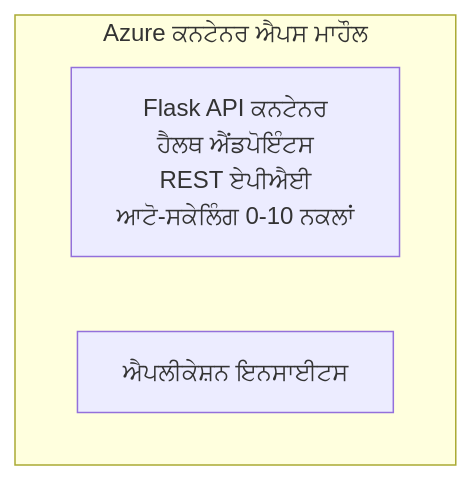
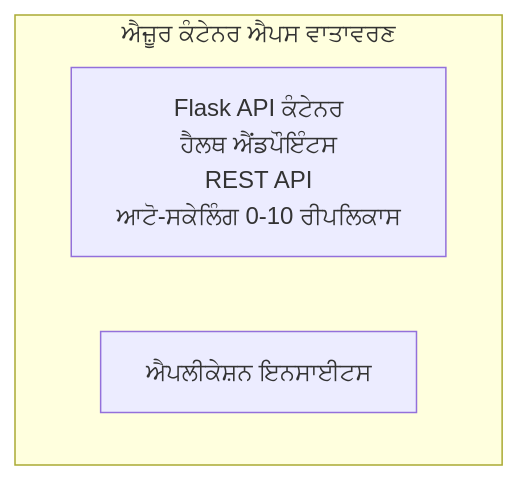
Before and after one commit to microsoft/AZD-for-beginners: the diagram in translations/pa/examples/container-app/simple-flask-api/README.md, drawn with Mermaid. The commit also changed other lines of this file and 104 other files, not shown here.

````diff
--- a/translations/pa/examples/container-app/simple-flask-api/README.md
+++ b/translations/pa/examples/container-app/simple-flask-api/README.md
@@ -26,7 +26,7 @@
 ```mermaid
 graph TD
-    subgraph ACA[Azure ਕਨਟੇਨਰ ਐਪਸ ਮਾਹੌਲ]
-        Flask[Flask API ਕਨਟੇਨਰ<br/>ਹੈਲਥ ਐਂਡਪੋਇੰਟਸ<br/>REST ਏਪੀਐਈ<br/>ਆਟੋ-ਸਕੇਲਿੰਗ 0-10 ਨਕਲਾਂ]
+    subgraph ACA[ਐਜ਼ੂਰ ਕੰਟੇਨਰ ਐਪਸ ਵਾਤਾਵਰਣ]
+        Flask[Flask API ਕੰਟੇਨਰ<br/>ਹੈਲਥ ਐਂਡਪੌਇੰਟਸ<br/>REST API<br/>ਆਟੋ-ਸਕੇਲਿੰਗ 0-10 ਰੀਪਲਿਕਾਸ]
         AppInsights[ਐਪਲੀਕੇਸ਼ਨ ਇਨਸਾਈਟਸ]
     end
 ```
````
